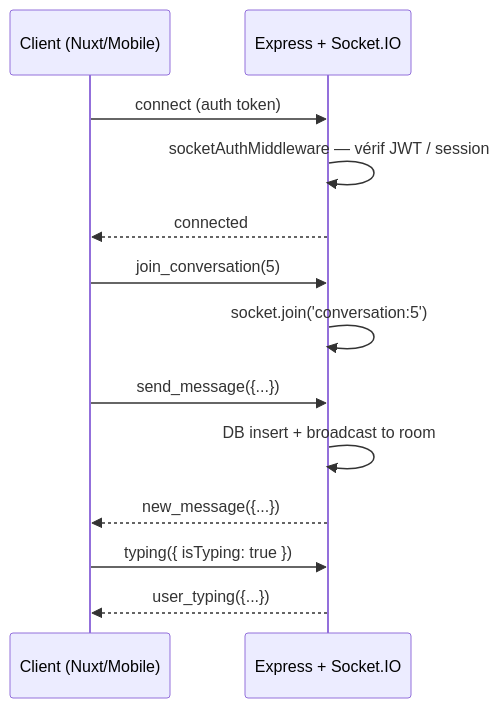
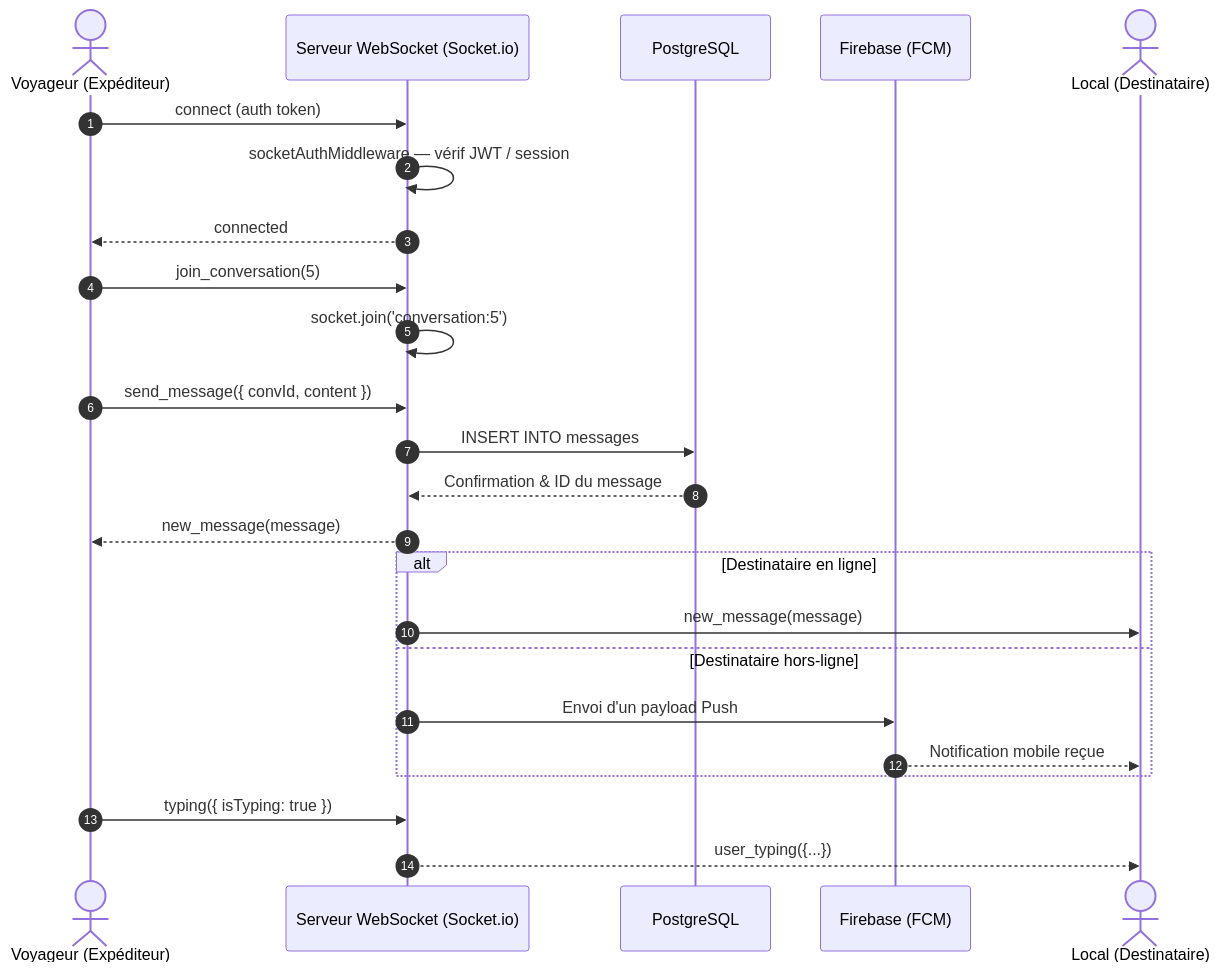
One commit to Nomu-MDS/Nomu-Doc changed the diagram in docs/websocket/overview.md. Above: the diagram before and after it, drawn with Mermaid. The commit also changed 4 other files, not shown here.

Commit message:
docs: enhance API and architecture documentation with detailed diagrams and lifecycle descriptions

````diff
--- a/docs/websocket/overview.md
+++ b/docs/websocket/overview.md
@@ -12,19 +12,31 @@
 ```mermaid
 sequenceDiagram
-    participant C as Client (Nuxt/Mobile)
-    participant S as Express + Socket.IO
+    autonumber
+    actor V as Voyageur (Expéditeur)
+    participant WSS as Serveur WebSocket (Socket.io)
+    participant DB as PostgreSQL
+    participant FCM as Firebase (FCM)
+    actor L as Local (Destinataire)
 
-    C->>S: connect (auth token)
-    S->>S: socketAuthMiddleware — vérif JWT / session
-    S-->>C: connected
+    V->>WSS: connect (auth token)
+    WSS->>WSS: socketAuthMiddleware — vérif JWT / session
+    WSS-->>V: connected
 
-    C->>S: join_conversation(5)
-    S->>S: socket.join('conversation:5')
+    V->>WSS: join_conversation(5)
+    WSS->>WSS: socket.join('conversation:5')
 
-    C->>S: send_message({...})
-    S->>S: DB insert + broadcast to room
-    S-->>C: new_message({...})
+    V->>WSS: send_message({ convId, content })
+    WSS->>DB: INSERT INTO messages
+    DB-->>WSS: Confirmation & ID du message
+    WSS-->>V: new_message(message)
 
-    C->>S: typing({ isTyping: true })
-    S-->>C: user_typing({...})
+    alt Destinataire en ligne
+        WSS->>L: new_message(message)
+    else Destinataire hors-ligne
+        WSS->>FCM: Envoi d'un payload Push
+        FCM-->>L: Notification mobile reçue
+    end
+
+    V->>WSS: typing({ isTyping: true })
+    WSS-->>L: user_typing({...})
 ```
````
